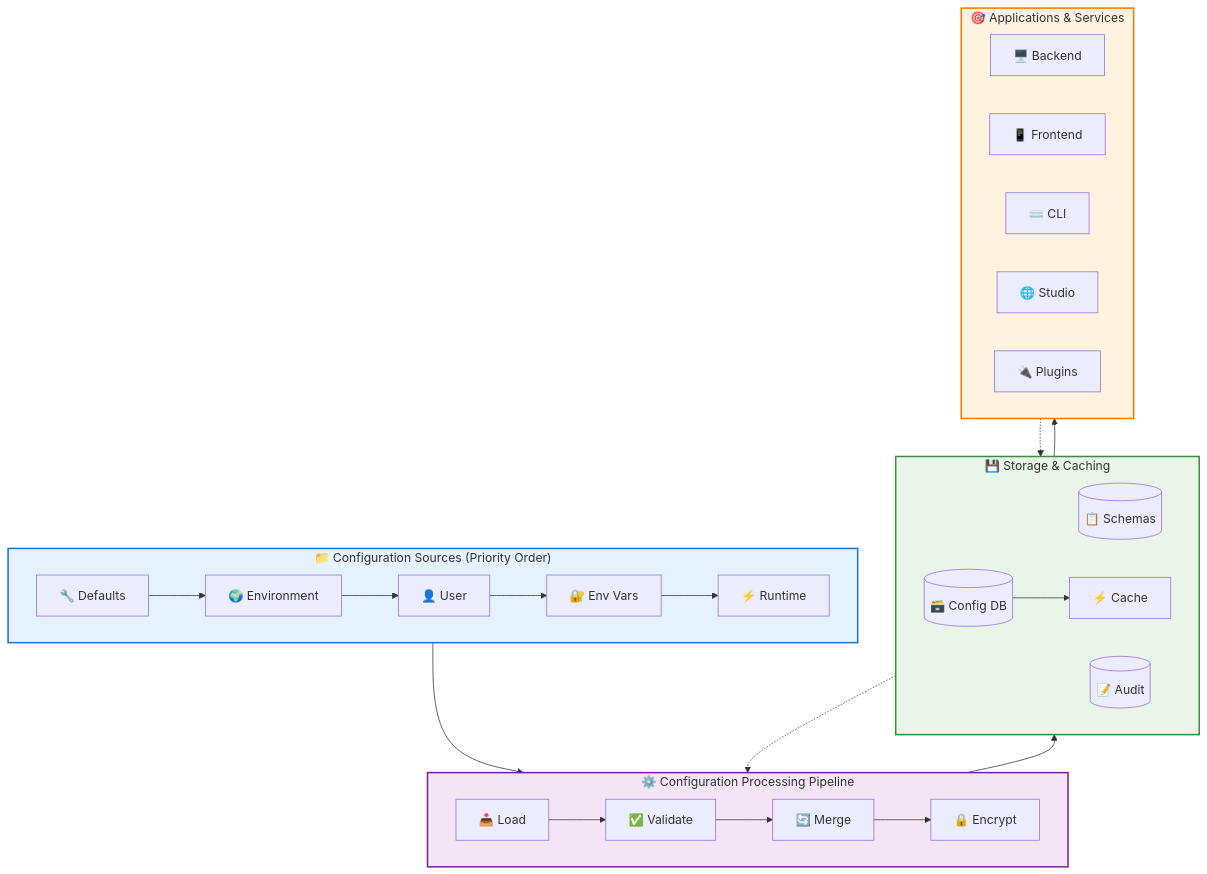
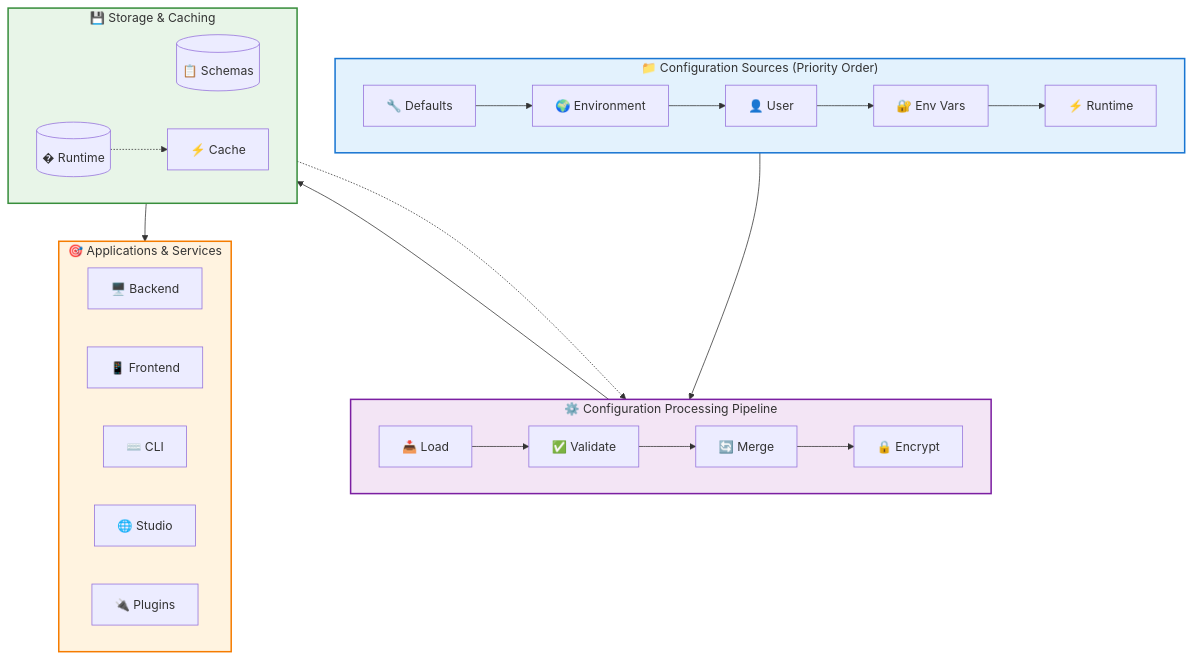
The diagram in docs/architecture/configuration-management.md (boeni-industries/aico), drawn with Mermaid before and after one commit. The commit also changed other lines of this file and 6 other files, not shown here.

First line of the commit message:
docs: update API and architecture documentation to reflect current implementation state

````diff
--- a/docs/architecture/configuration-management.md
+++ b/docs/architecture/configuration-management.md
@@ -24,54 +23,52 @@
 ```mermaid
 flowchart TD
     %% Configuration Sources (Top)
     subgraph SOURCES [" 📁 Configuration Sources (Priority Order) "]
         direction LR
         A1[🔧 Defaults] --> A2[🌍 Environment] --> A3[👤 User] --> A4[🔐 Env Vars] --> A5[⚡ Runtime]
     end
     
     %% Processing Pipeline (Middle)
     subgraph PIPELINE [" ⚙️ Configuration Processing Pipeline "]
         direction LR
         B1[📥 Load] --> B2[✅ Validate] --> B3[🔄 Merge] --> B4[🔒 Encrypt]
     end
     
     %% Storage Layer (Middle-Bottom)
     subgraph STORAGE [" 💾 Storage & Caching "]
         direction LR
         C1[(📋 Schemas)] 
-        C2[(🗃️ Config DB)]
-        C3[⚡ Cache]
-        C4[(📝 Audit)]
+        C2[⚡ Cache]
+        C3[(� Runtime)]
     end
     
     %% Applications (Bottom)
     subgraph APPS [" 🎯 Applications & Services "]
         direction LR
         D1[🖥️ Backend] 
         D2[📱 Frontend] 
         D3[⌨️ CLI] 
         D4[🌐 Studio] 
         D5[🔌 Plugins]
     end
     
     %% Main flow
     SOURCES --> PIPELINE
     PIPELINE --> C2
-    C2 --> C3
-    C3 --> APPS
+    C2 --> APPS
     
     %% Side connections
     C1 -.-> B2
-    APPS -.-> C4
+    C3 -.-> C2
     
     %% Styling
     classDef sourceStyle fill:#e3f2fd,stroke:#1976d2,stroke-width:2px
     classDef pipelineStyle fill:#f3e5f5,stroke:#7b1fa2,stroke-width:2px
     classDef storageStyle fill:#e8f5e8,stroke:#388e3c,stroke-width:2px
     classDef appStyle fill:#fff3e0,stroke:#f57c00,stroke-width:2px
     
     class SOURCES sourceStyle
     class PIPELINE pipelineStyle
     class STORAGE storageStyle
     class APPS appStyle
 ```
````
